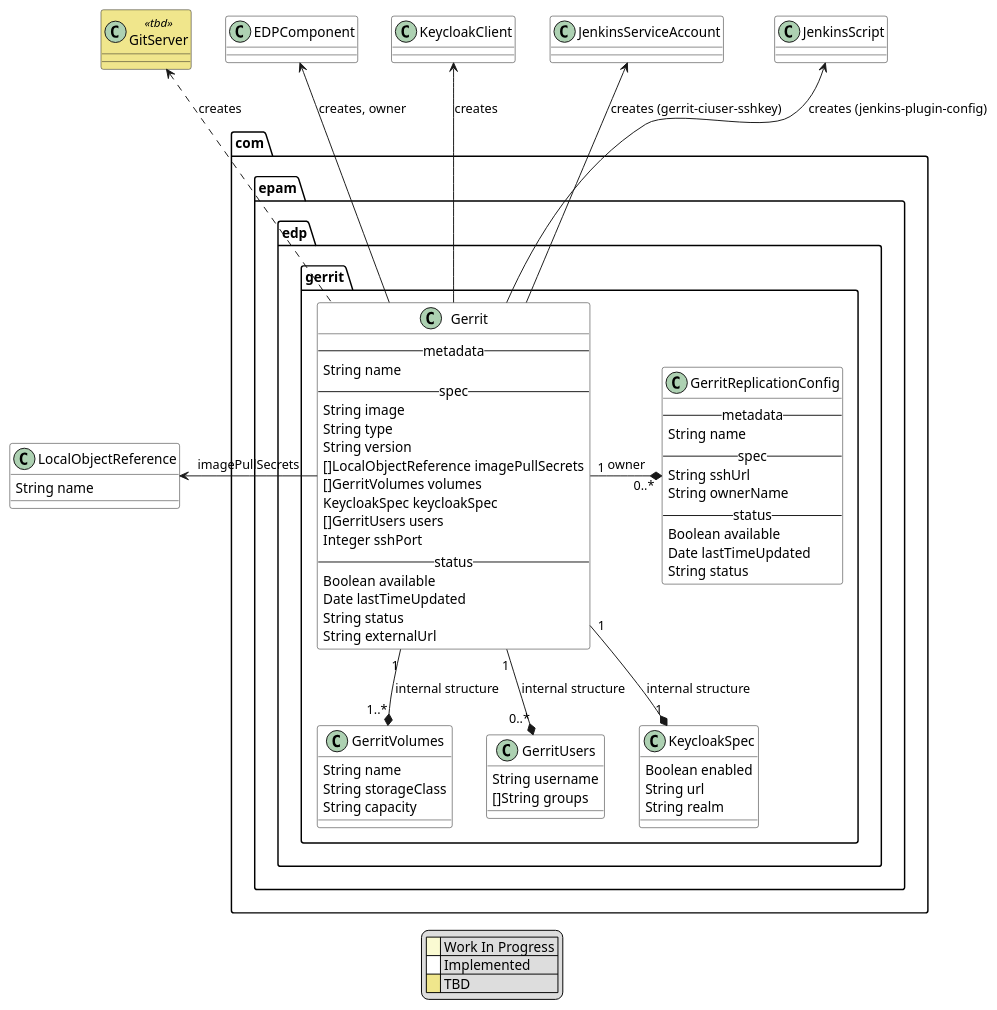
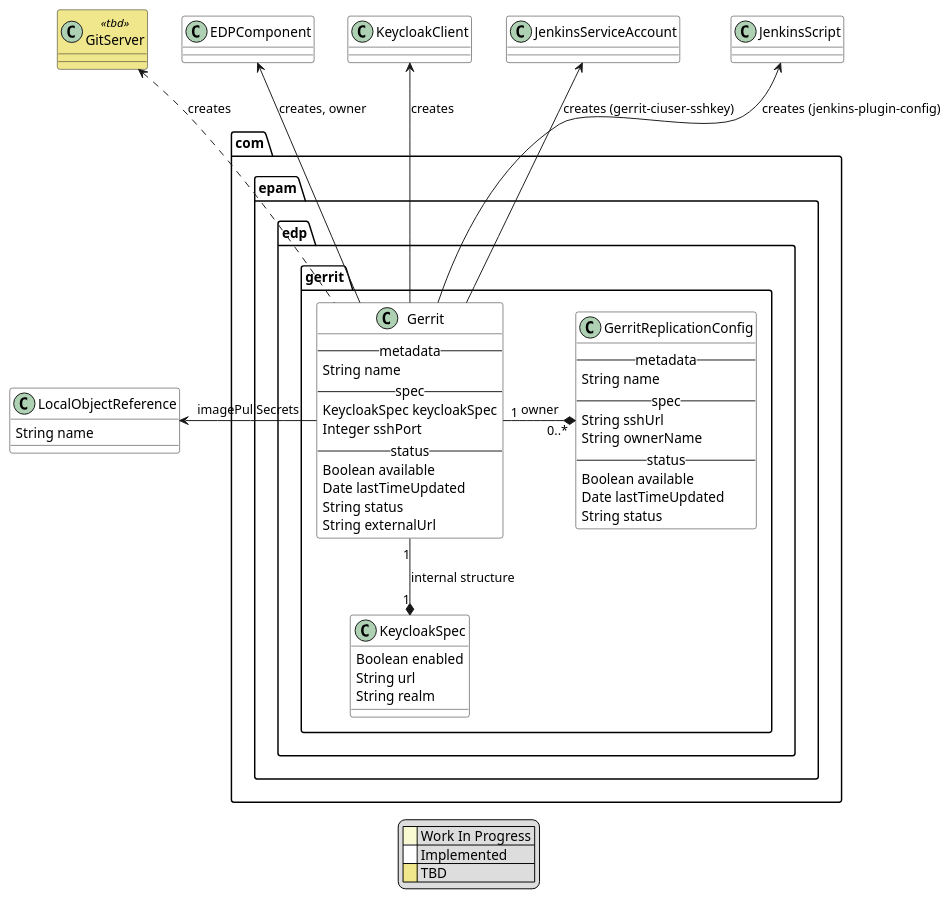
Before and after one commit to epam/edp-gerrit-operator: the diagram in documentation/puml/arch.puml, drawn with PlantUML. The commit also changed 10 other files, not shown here.

```diff
--- a/documentation/puml/arch.puml
+++ b/documentation/puml/arch.puml
@@ -1,87 +1,68 @@
 @startuml
 
 skinparam class {
     BackgroundColor #white
 	BackgroundColor<<wip>> LightGoldenRodYellow
 	BackgroundColor<<tbd>> Khaki
 }
 
 package com.epam.edp.gerrit {
     class Gerrit {
       -- metadata --
         String name
       -- spec --
-        String image
-        String type
-        String version
-        []LocalObjectReference imagePullSecrets
-        []GerritVolumes volumes
         KeycloakSpec keycloakSpec
-        []GerritUsers users
         Integer sshPort
       -- status --
         Boolean available
         Date lastTimeUpdated
         String status
         String externalUrl
-    }
-
-    Gerrit "1" --* "1..*" GerritVolumes : internal structure
-    class GerritVolumes {
-        String name
-        String storageClass
-        String capacity
-    }
-
-    Gerrit "1" --* "0..*" GerritUsers : internal structure
-    class GerritUsers {
-        String username
-        []String groups
     }
 
     Gerrit "1" --* "1" KeycloakSpec : internal structure
     class KeycloakSpec {
         Boolean enabled
         String url
         String realm
     }
 
     Gerrit "1" -* "0..*" GerritReplicationConfig : owner
     class GerritReplicationConfig {
         --metadata--
             String name
         --spec--
             String sshUrl
             String ownerName
         --status--
             Boolean available
             Date lastTimeUpdated
             String status
     }
 }
 
 Gerrit -u-> JenkinsScript : creates (jenkins-plugin-config)
 Gerrit -u-> JenkinsServiceAccount : creates (gerrit-ciuser-sshkey)
 Gerrit -u-> KeycloakClient : creates
 Gerrit -u-> EDPComponent : creates, owner
 Gerrit .u.> GitServer : creates
 class LocalObjectReference {
     String name
 }
 Gerrit -l-> LocalObjectReference : imagePullSecrets
 class GitServer <<tbd>> {
 }
 
 
 legend
 |<back:LightGoldenRodYellow>    </back>| Work In Progress |
 |<back:White>    </back>| Implemented |
 |<back:Khaki>    </back>| TBD |
 endlegend
 
 skinparam class {
 	backgroundColor<<impl>> LightGoldenRodYellow
 	backgroundColor<<wip>> LightGreen
 	backgroundColor<<tbd>> Khaki
 }
 @enduml
```
